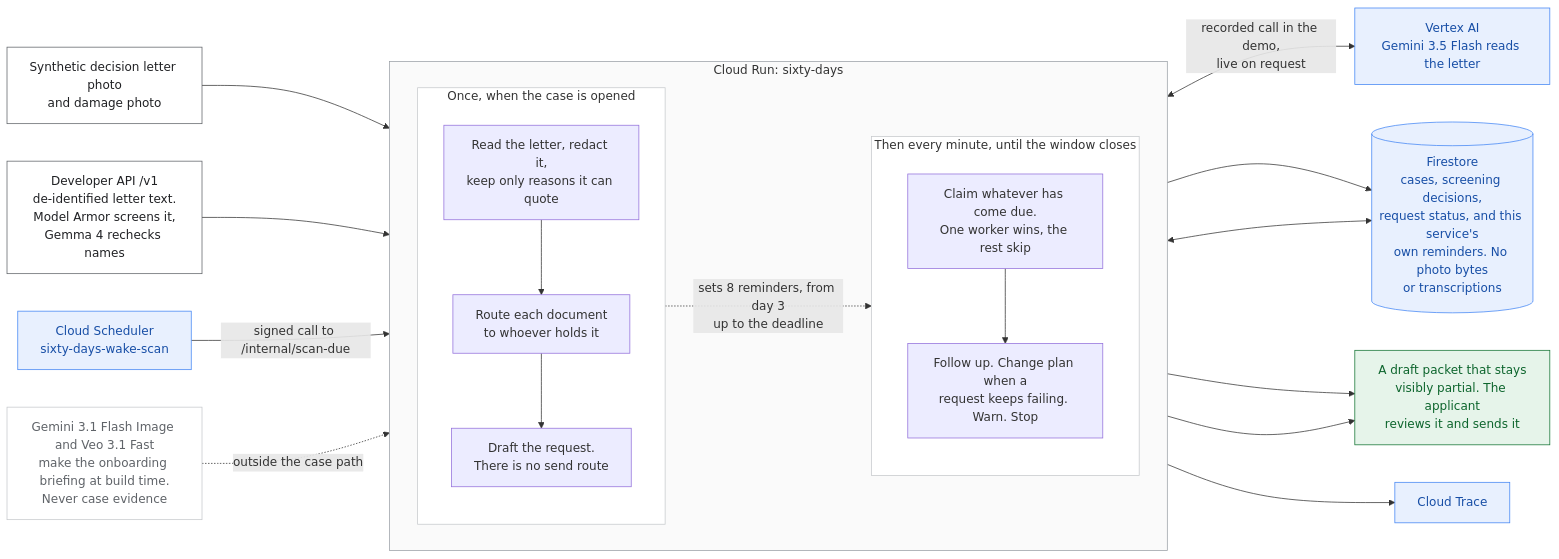
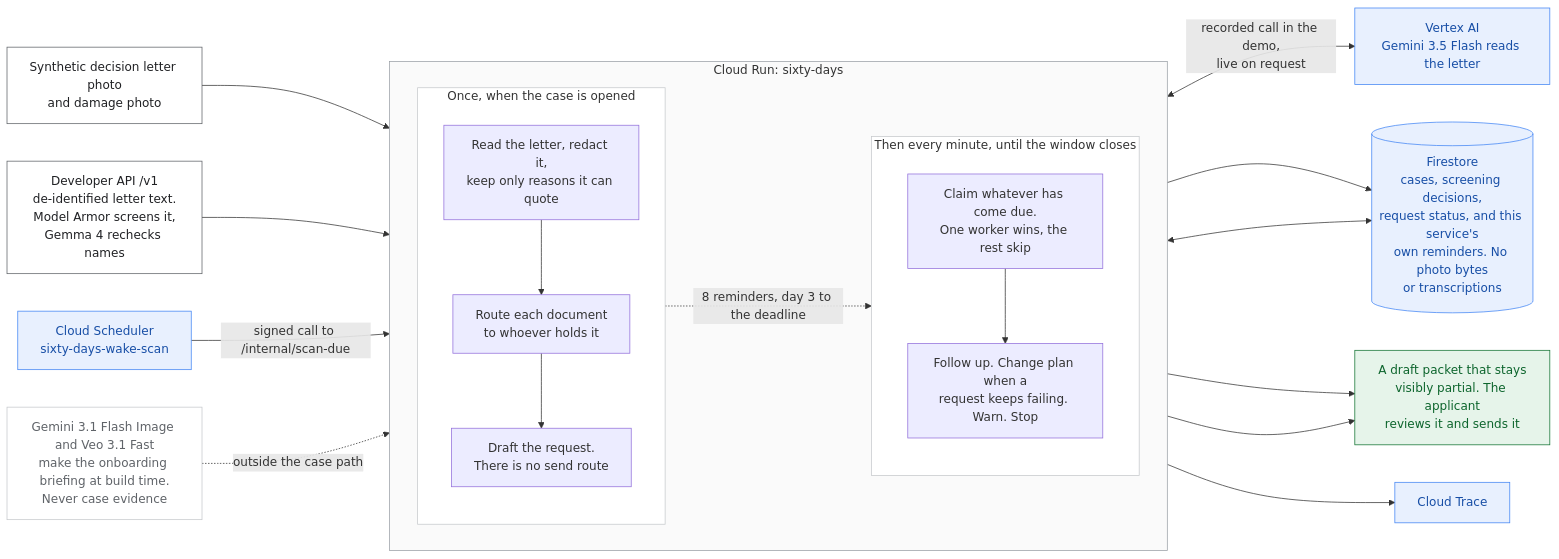
The diagram in docs/architecture.mmd (usv240/sixty-days), drawn with Mermaid before and after one commit. The commit also changed 3 other files, not shown here.

```diff
--- a/docs/architecture.mmd
+++ b/docs/architecture.mmd
@@ -1,54 +1,54 @@
 flowchart LR
     LETTER["Synthetic decision letter photo<br/>and damage photo"]
     DEVAPI["Developer API /v1<br/>de-identified letter text.<br/>Model Armor screens it,<br/>Gemma 4 rechecks names"]
 
     subgraph CR ["Cloud Run: sixty-days"]
         direction LR
 
         subgraph ONCE ["Once, when the case is opened"]
             direction TB
             P1["Read the letter, redact it,<br/>keep only reasons it can quote"]
             P2["Route each document<br/>to whoever holds it"]
             P3["Draft the request.<br/>There is no send route"]
             P1 --> P2 --> P3
         end
 
         subgraph EVERY ["Then every minute, until the window closes"]
             direction TB
             W1["Claim whatever has come due.<br/>One worker wins, the rest skip"]
             W2["Follow up. Change plan when a<br/>request keeps failing. Warn. Stop"]
             W1 --> W2
         end
 
-        P2 -. "sets 8 reminders, from day 3<br/>up to the deadline" .-> W1
+        P2 -. "8 reminders, day 3 to the deadline" .-> W1
     end
 
     SCHED["Cloud Scheduler<br/>sixty-days-wake-scan"]
     VERTEX["Vertex AI<br/>Gemini 3.5 Flash reads the letter"]
     STATE[("Firestore<br/>cases, screening decisions,<br/>request status, and this service's<br/>own reminders. No photo bytes<br/>or transcriptions")]
     TRACE["Cloud Trace"]
     MEDIA["Gemini 3.1 Flash Image and Veo 3.1 Fast<br/>make the onboarding briefing at build time.<br/>Never case evidence"]
     DRAFT["A draft packet that stays<br/>visibly partial. The applicant<br/>reviews it and sends it"]
 
     LETTER --> P1
     DEVAPI --> P1
     P1 <-- "recorded call in the demo,<br/>live on request" --> VERTEX
     SCHED -- "signed call to /internal/scan-due" --> W1
     P3 --> STATE
     W1 <--> STATE
     W2 --> DRAFT
     P3 --> DRAFT
     CR --> TRACE
     MEDIA -. "outside the case path" .-> CR
 
     classDef svc fill:#e8f0fe,stroke:#4285f4,color:#174ea6
     classDef out fill:#e6f4ea,stroke:#137333,color:#0d652d
     classDef inp fill:#fff,stroke:#5f6368,color:#202124
     classDef aside fill:#fff,stroke:#c6c9cc,color:#5f6368
     class SCHED,VERTEX,STATE,TRACE svc
     class MEDIA aside
     class DRAFT out
     class LETTER,DEVAPI inp
     style CR fill:#fafafa,stroke:#9aa0a6
     style ONCE fill:#fff,stroke:#c6c9cc
     style EVERY fill:#fff,stroke:#c6c9cc
```
